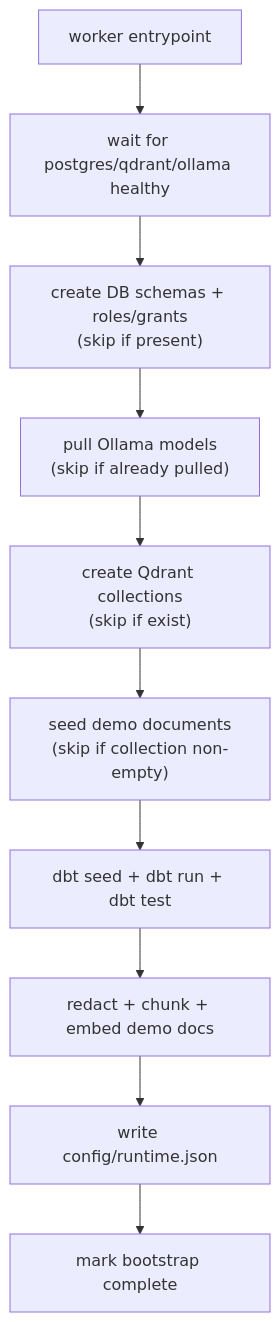
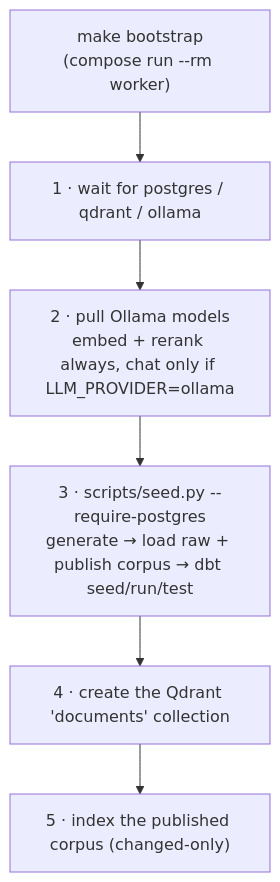
Before and after one commit to umesh-404/insight-gpt: the second of 2 diagrams in docs/09-deployment.md, drawn with Mermaid. The commit also changed other lines of this file and 106 other files, not shown here.

````diff
--- a/docs/09-deployment.md
+++ b/docs/09-deployment.md
@@ -158,12 +226,8 @@
 ```mermaid
 graph TB
-    START["worker entrypoint"] --> WAIT["wait for postgres/qdrant/ollama healthy"]
-    WAIT --> SCHEMA["create DB schemas + roles/grants<br/>(skip if present)"]
-    SCHEMA --> MODELS["pull Ollama models<br/>(skip if already pulled)"]
-    MODELS --> COLL["create Qdrant collections<br/>(skip if exist)"]
-    COLL --> SEEDDOCS["seed demo documents<br/>(skip if collection non-empty)"]
-    SEEDDOCS --> DBT["dbt seed + dbt run + dbt test"]
-    DBT --> INDEX["redact + chunk + embed demo docs"]
-    INDEX --> RUNTIME["write config/runtime.json"]
-    RUNTIME --> READY["mark bootstrap complete"]
+    START["make bootstrap<br/>(compose run --rm worker)"] --> WAIT["1 · wait for postgres / qdrant / ollama"]
+    WAIT --> MODELS["2 · pull Ollama models<br/>embed + rerank always, chat only if LLM_PROVIDER=ollama"]
+    MODELS --> SEED["3 · scripts/seed.py --require-postgres<br/>generate → load raw + publish corpus → dbt seed/run/test"]
+    SEED --> COLL["4 · create the Qdrant 'documents' collection"]
+    COLL --> INDEX["5 · index the published corpus (changed-only)"]
 ```
````
